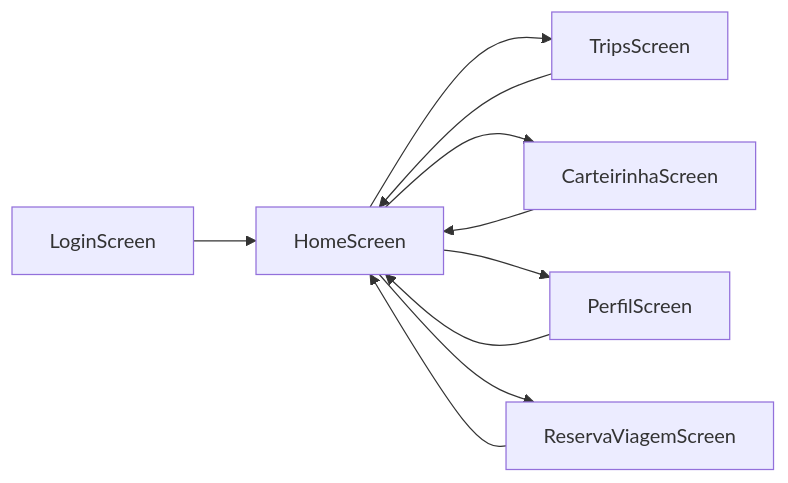
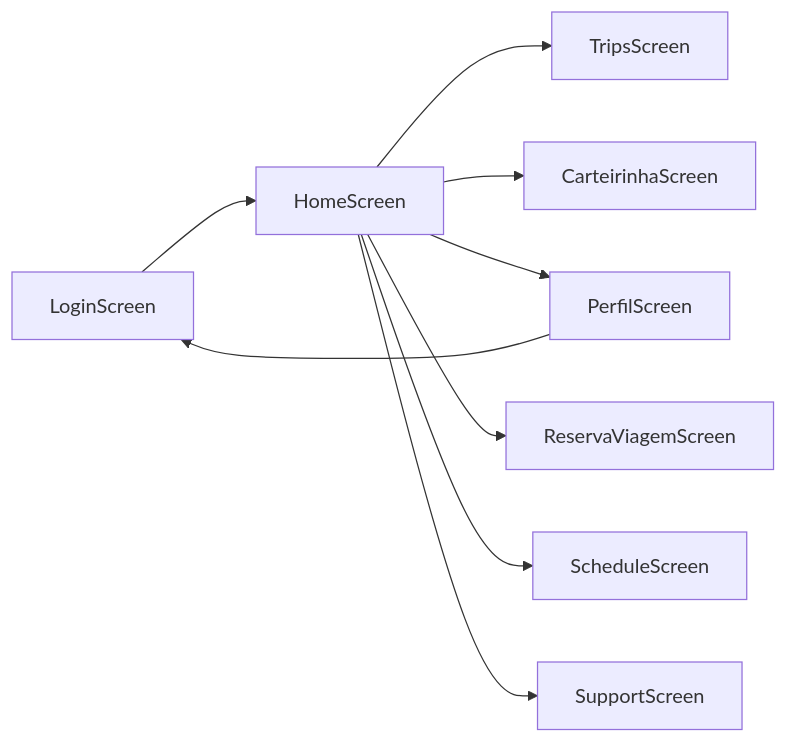
One commit to joanaeliseal/unipass-student-app changed the diagram in README.md. Above: the diagram before and after it, drawn with Mermaid. The commit also changed other lines of this file and 9 other files, not shown here.

````diff
--- a/README.md
+++ b/README.md
@@ -250,12 +330,11 @@
 ```mermaid
 graph LR
     A[LoginScreen] --> B[HomeScreen]
     B --> C[TripsScreen]
     B --> D[CarteirinhaScreen]
     B --> E[PerfilScreen]
     B --> F[ReservaViagemScreen]
-    C --> B
-    D --> B
-    E --> B
-    F --> B
+    B --> G[ScheduleScreen]
+    B --> H[SupportScreen]
+    E --> A
 ```
````
